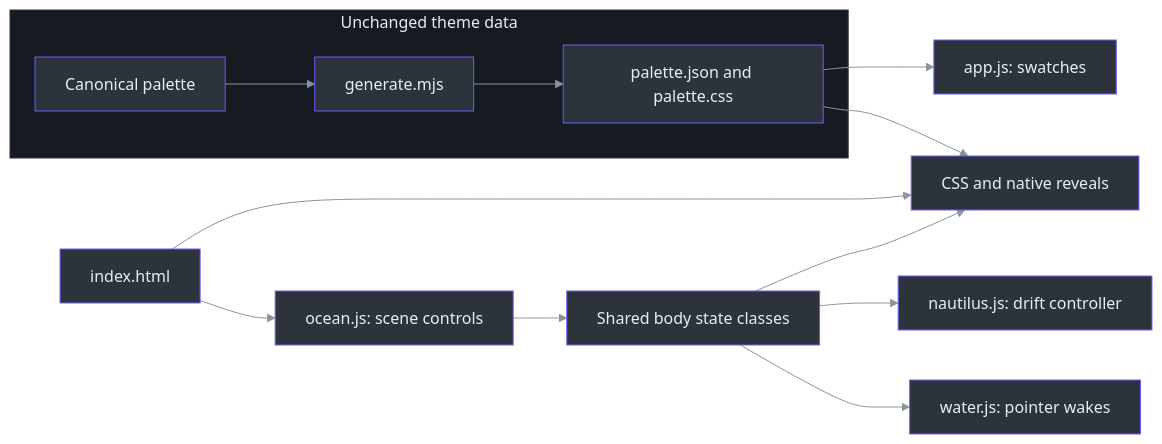
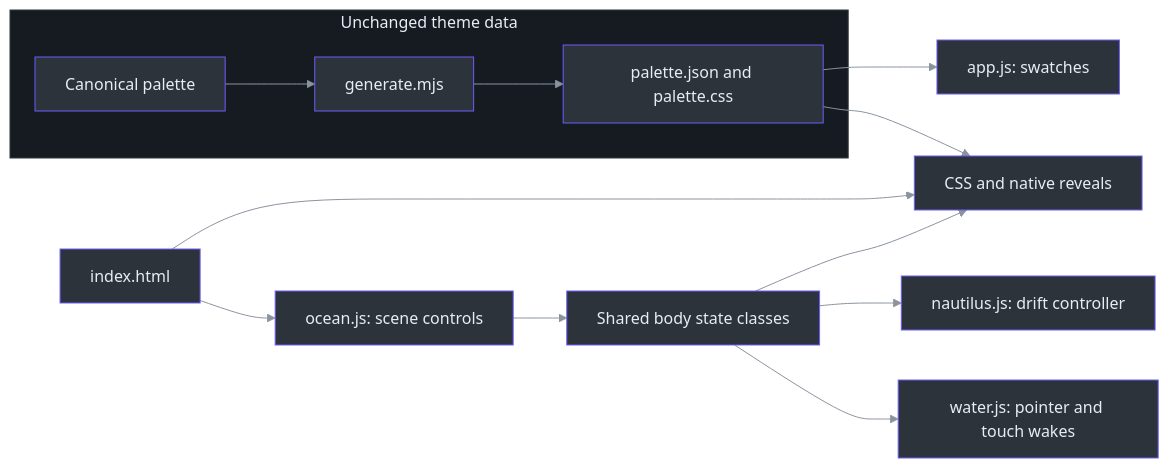
Before and after one commit to Zanark/DeepSeaFoam: the first of 2 diagrams in docs/SHOWCASE.md, drawn with Mermaid. The commit also changed other lines of this file and 7 other files, not shown here.

First line of the commit message:
Enable touch-driven water and immediate phone bubbles

````diff
--- a/docs/SHOWCASE.md
+++ b/docs/SHOWCASE.md
@@ -25,32 +25,32 @@
 ```mermaid
 ---
 config:
   theme: base
   themeVariables:
     background: "#161b22"
     primaryColor: "#2d333b"
     primaryBorderColor: "#6d5dfc"
     primaryTextColor: "#e6edf3"
     lineColor: "#8b949e"
     clusterBkg: "#161b22"
     clusterBorder: "#30363d"
 ---
 flowchart LR
   accTitle: Showcase architecture and palette boundary
   accDescr: Generated palette assets feed the swatches and CSS. Ocean state coordinates independent motion modules, while native checkbox reveals remain usable without JavaScript.
   subgraph Data["Unchanged theme data"]
     P["Canonical palette"] --> G["generate.mjs"]
     G --> A["palette.json and palette.css"]
   end
   A --> S["app.js: swatches"]
   A --> C["CSS and native reveals"]
   H["index.html"] --> C
   H --> O["ocean.js: scene controls"]
   O --> B["Shared body state classes"]
   B --> C
   B --> N["nautilus.js: drift controller"]
-  B --> W["water.js: pointer wakes"]
+  B --> W["water.js: pointer and touch wakes"]
   classDef default fill:#2d333b,stroke:#6d5dfc,color:#e6edf3
   style Data fill:#161b22,stroke:#30363d,color:#e6edf3
   linkStyle default stroke:#8b949e
 ```
````
